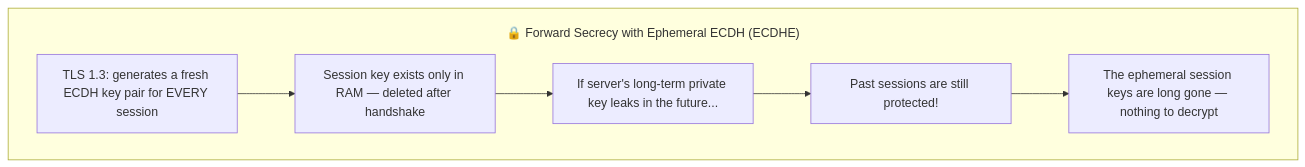
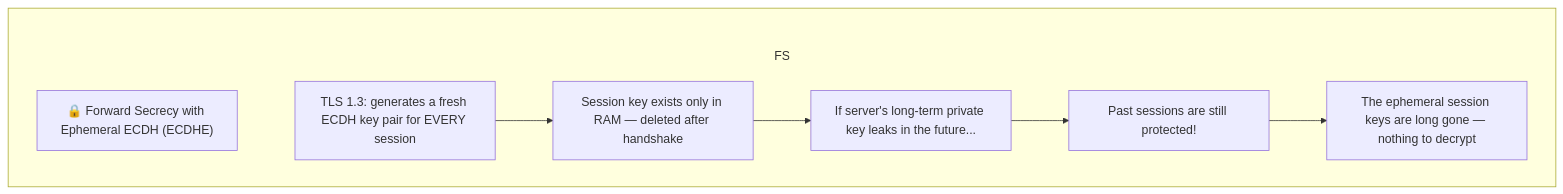
Before and after one commit to csoares/SecurityJava: the fifth of 5 diagrams in src/main/java/security/keyexchange/README.md, drawn with Mermaid. The commit also changed other lines of this file and 11 other files, not shown here.

Commit message:
Fix Mermaid subgraph title overlap by moving labels into title nodes Replace subgraph label syntax (which overlaps first node) with explicit title nodes inside each subgraph, connected via invisible edges (~~~). Also increase subGraphTitleMargin top padding from 20 to 50 for extra space.

````diff
--- a/src/main/java/security/keyexchange/README.md
+++ b/src/main/java/security/keyexchange/README.md
@@ -118,12 +128,14 @@
 ```mermaid
-%%{init: {'flowchart': {'subGraphTitleMargin': {'top': 20, 'bottom': 5}}}}%%
+%%{init: {'flowchart': {'subGraphTitleMargin': {'top': 50, 'bottom': 10}}}}%%
 flowchart TD
-    subgraph FS ["🔒 Forward Secrecy with Ephemeral ECDH (ECDHE)"]
+    subgraph FS
+        T_FS["🔒 Forward Secrecy with Ephemeral ECDH (ECDHE)"]
+        T_FS ~~~ FS1
         FS1["TLS 1.3: generates a fresh ECDH key pair for EVERY session"]
         FS2["Session key exists only in RAM — deleted after handshake"]
         FS3["If server's long-term private key leaks in the future..."]
         FS4["Past sessions are still protected!"]
         FS5["The ephemeral session keys are long gone — nothing to decrypt"]
         FS1 --> FS2 --> FS3 --> FS4 --> FS5
     end
 ```
````
